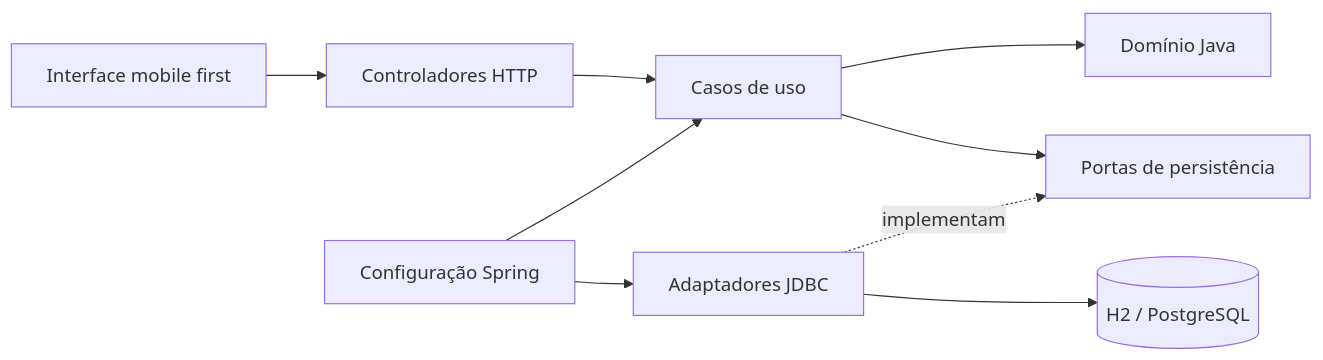
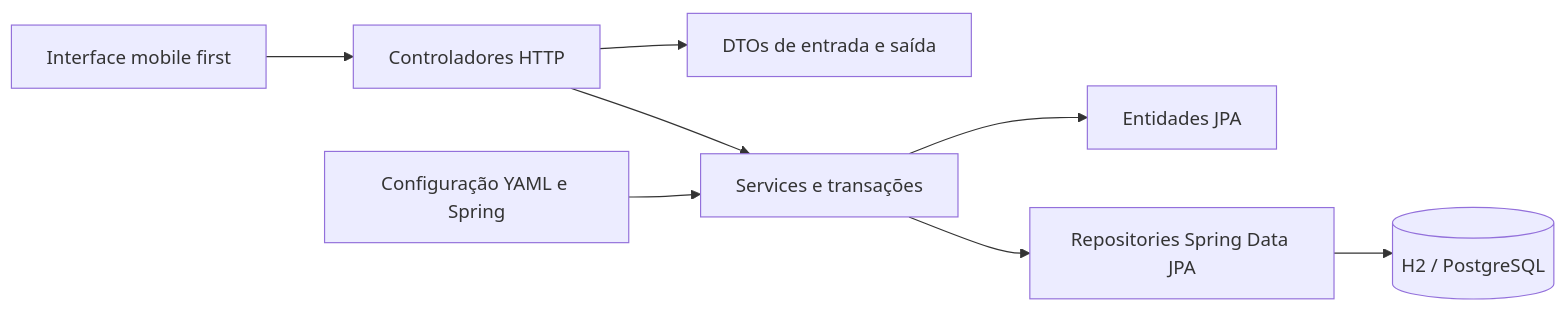
Before and after one commit to RaphaelVelame/FluxoOS: the diagram in docs/ARQUITETURA.md, drawn with Mermaid. The commit also changed other lines of this file and 122 other files, not shown here.

First line of the commit message:
refactor: simplifica estrutura com JPA e YAML e corrige bypass HTTP

````diff
--- a/docs/ARQUITETURA.md
+++ b/docs/ARQUITETURA.md
@@ -5,11 +5,10 @@
 ```mermaid
 flowchart LR
     UI[Interface mobile first] --> HTTP[Controladores HTTP]
-    HTTP --> APP[Casos de uso]
-    APP --> DOMAIN[Domínio Java]
-    APP --> PORTAS[Portas de persistência]
-    JDBC[Adaptadores JDBC] -. implementam .-> PORTAS
-    JDBC --> SQL[(H2 / PostgreSQL)]
-    CONFIG[Configuração Spring] --> APP
-    CONFIG --> JDBC
+    HTTP --> DTO[DTOs de entrada e saída]
+    HTTP --> SERVICE[Services e transações]
+    SERVICE --> ENTITY[Entidades JPA]
+    SERVICE --> REPO[Repositories Spring Data JPA]
+    REPO --> SQL[(H2 / PostgreSQL)]
+    CONFIG[Configuração YAML e Spring] --> SERVICE
 ```
````
